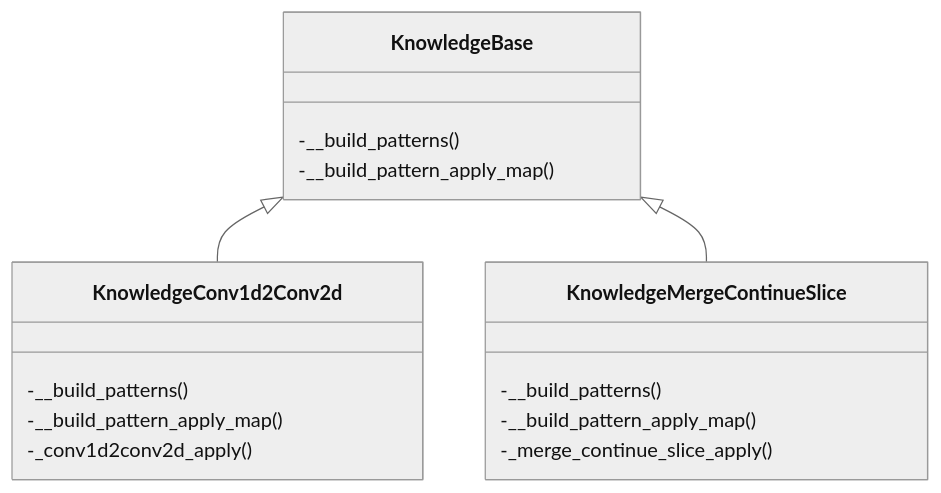
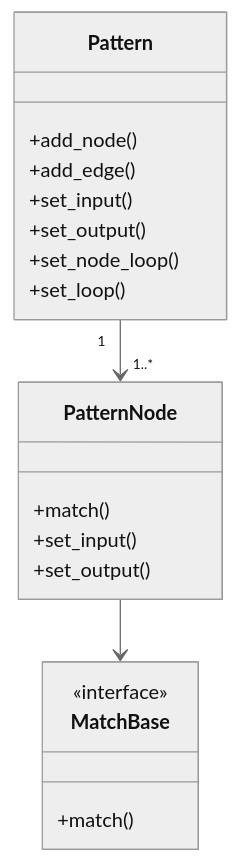
The second of 3 diagrams in docs/knowledge_optimizer_frame.md (Ascend/msadvisor), drawn with Mermaid (neutral theme) before and after one commit. The commit also changed other lines of this file and 5 other files, not shown here.

````diff
--- a/docs/knowledge_optimizer_frame.md
+++ b/docs/knowledge_optimizer_frame.md
@@ -11,19 +40,22 @@
 ```mermaid
 classDiagram
-    class KnowledgeBase {
-        -__build_patterns()
-        -__build_pattern_apply_map()
+    class Pattern {
+        +add_node()
+        +add_edge()
+        +set_input()
+        +set_output()
+        +set_node_loop()
+        +set_loop()
     }
-    class KnowledgeConv1d2Conv2d {
-        -__build_patterns()
-        -__build_pattern_apply_map()
-        -_conv1d2conv2d_apply()
+    class PatternNode {
+        +match()
+        +set_input()
+        +set_output()
     }
-    class KnowledgeMergeContinueSlice {
-        -__build_patterns()
-        -__build_pattern_apply_map()
-        -_merge_continue_slice_apply()
+    class MatchBase {
+    	<<interface>>
+    	+match()
     }
-    KnowledgeBase <|-- KnowledgeConv1d2Conv2d
-    KnowledgeBase <|-- KnowledgeMergeContinueSlice
+    Pattern "1" --> "1..*" PatternNode
+    PatternNode --> MatchBase
 ```
````
